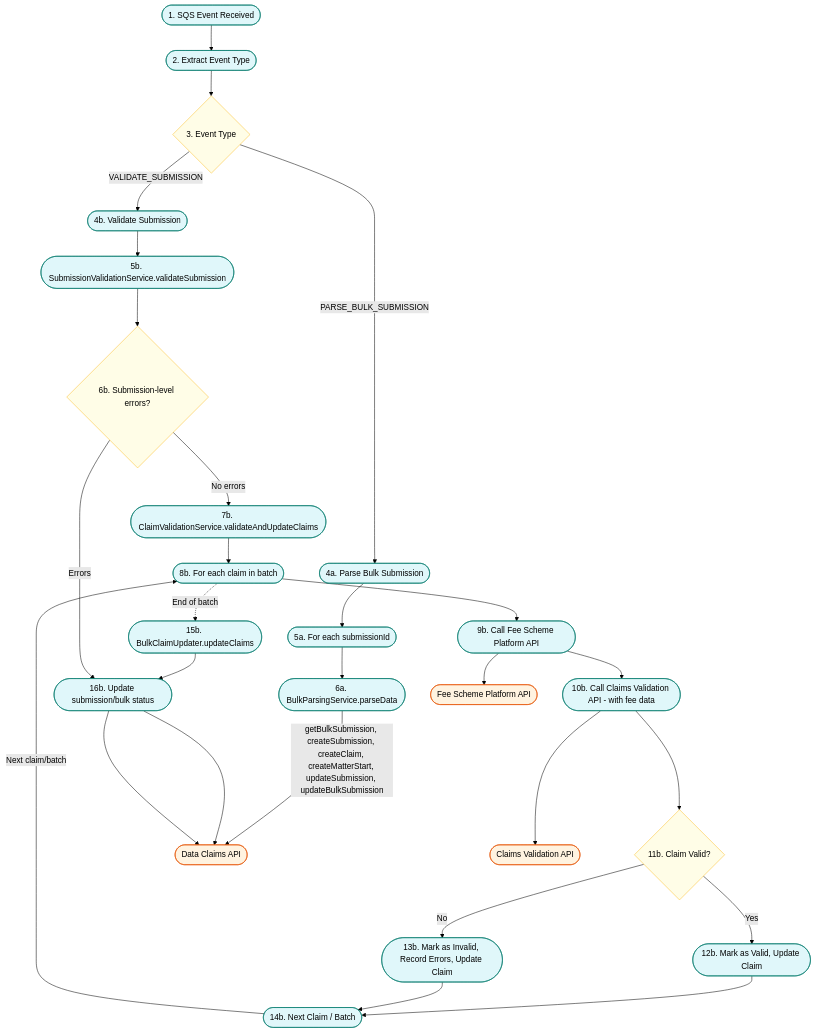
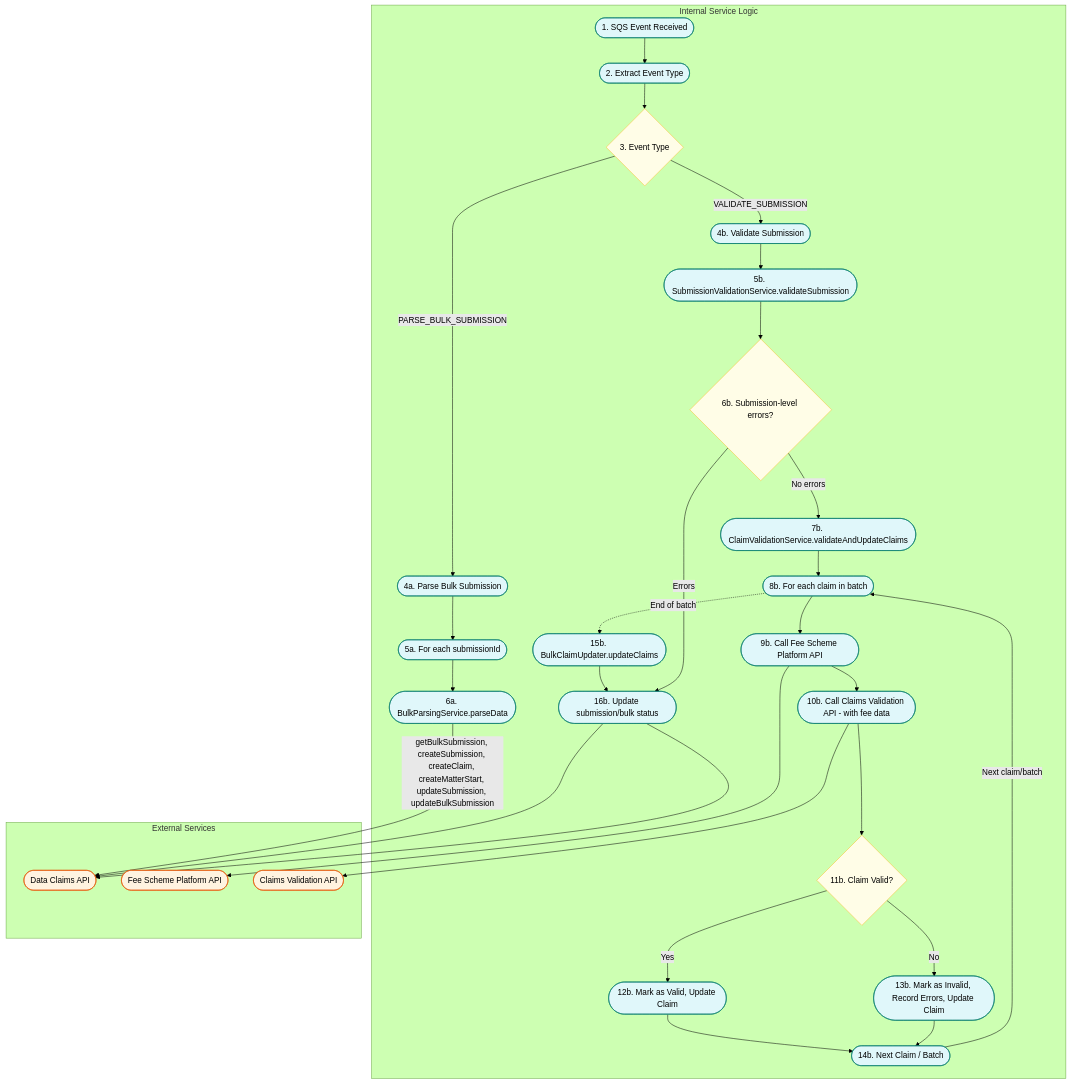
Before and after one commit to ministryofjustice/laa-data-controlled-work-validator: the diagram in docs/EVENT-SYSTEM-FLOW.md, drawn with Mermaid (forest theme). The commit also changed other lines of this file, not shown here.

Commit message:
[DSTEW-POC] - Add flow diagram for events

````diff
--- a/docs/EVENT-SYSTEM-FLOW.md
+++ b/docs/EVENT-SYSTEM-FLOW.md
@@ -71,52 +128,54 @@
-    ```mermaid
-    flowchart TD
-      %% Internal Service Logic
-      A1([1. SQS Event Received])
-      A2([2. Extract Event Type])
-      A3{3. Event Type}
-      A4([4a. Parse Bulk Submission])
-      A5([5a. For each submissionId])
-      A6([6a. BulkParsingService.parseData])
-      A7([4b. Validate Submission])
-      A8([5b. SubmissionValidationService.validateSubmission])
-      A9{6b. Submission-level errors?}
-      A10([7b. ClaimValidationService.validateAndUpdateClaims])
-      A11([8b. For each claim in batch])
-      A12([9b. Call Fee Scheme Platform API])
-      A13([10b. Call Claims Validation API - with fee data])
-      A14{11b. Claim Valid?}
-      A15([12b. Mark as Valid, Update Claim])
-      A16([13b. Mark as Invalid, Record Errors, Update Claim])
-      A17([14b. Next Claim / Batch])
-      A18([15b. BulkClaimUpdater.updateClaims])
-      A19([16b. Update submission/bulk status])
+```mermaid
+flowchart TD
+  subgraph Internal[Internal Service Logic]
+    A1([1. SQS Event Received])
+    A2([2. Extract Event Type])
+    A3{3. Event Type}
+    A4([4a. Parse Bulk Submission])
+    A5([5a. For each submissionId])
+    A6([6a. BulkParsingService.parseData])
+    A7([4b. Validate Submission])
+    A8([5b. SubmissionValidationService.validateSubmission])
+    A9{6b. Submission-level errors?}
+    A10([7b. ClaimValidationService.validateAndUpdateClaims])
+    A11([8b. For each claim in batch])
+    A12([9b. Call Fee Scheme Platform API])
+    A13([10b. Call Claims Validation API - with fee data])
+    A14{11b. Claim Valid?}
+    A15([12b. Mark as Valid, Update Claim])
+    A16([13b. Mark as Invalid, Record Errors, Update Claim])
+    A17([14b. Next Claim / Batch])
+    A18([15b. BulkClaimUpdater.updateClaims])
+    A19([16b. Update submission/bulk status])
+  end
 
-      %% External Services (inline)
-      E1([Data Claims API])
-      E2([Fee Scheme Platform API])
-      E3([Claims Validation API])
+  subgraph External[External Services]
+    E1([Data Claims API])
+    E2([Fee Scheme Platform API])
+    E3([Claims Validation API])
+  end
 
-      %% Main flow
-      A1 --> A2 --> A3
-      A3 -- PARSE_BULK_SUBMISSION --> A4 --> A5 --> A6
-      A6 -- getBulkSubmission, createSubmission, createClaim, createMatterStart, updateSubmission, updateBulkSubmission --> E1
-      A3 -- VALIDATE_SUBMISSION --> A7 --> A8 --> A9
-      A9 -- No errors --> A10 --> A11
-      A11 --> A12 --> E2
-      A12 --> A13 --> E3
-      A13 --> A14
-      A14 -- Yes --> A15 --> A17
-      A14 -- No --> A16 --> A17
-      A17 -- Next claim/batch --> A11
-      A11 -. End of batch .-> A18
-      A18 --> A19 --> E1
-      A9 -- Errors --> A19 --> E1
+  %% Main flow
+  A1 --> A2 --> A3
+  A3 -- PARSE_BULK_SUBMISSION --> A4 --> A5 --> A6
+  A6 -- getBulkSubmission, createSubmission, createClaim, createMatterStart, updateSubmission, updateBulkSubmission --> E1
+  A3 -- VALIDATE_SUBMISSION --> A7 --> A8 --> A9
+  A9 -- No errors --> A10 --> A11
+  A11 --> A12 --> E2
+  A12 --> A13 --> E3
+  A13 --> A14
+  A14 -- Yes --> A15 --> A17
+  A14 -- No --> A16 --> A17
+  A17 -- Next claim/batch --> A11
+  A11 -. End of batch .-> A18
+  A18 --> A19 --> E1
+  A9 -- Errors --> A19 --> E1
 
-      %% Color coding
-      classDef internal fill:#e0f7fa,stroke:#00796b;
-      classDef external fill:#fff3e0,stroke:#e65100;
-      classDef decision fill:#fffde7,stroke:#fbc02d;
-      class A1,A2,A3,A4,A5,A6,A7,A8,A9,A10,A11,A12,A13,A14,A15,A16,A17,A18,A19 internal;
-      class E1,E2,E3 external;
-      class A3,A9,A14 decision;
-    ```
+  %% Color coding
+  classDef internal fill:#e0f7fa,stroke:#00796b;
+  classDef external fill:#fff3e0,stroke:#e65100;
+  classDef decision fill:#fffde7,stroke:#fbc02d;
+  class A1,A2,A3,A4,A5,A6,A7,A8,A9,A10,A11,A12,A13,A14,A15,A16,A17,A18,A19 internal;
+  class E1,E2,E3 external;
+  class A3,A9,A14 decision;
+```
````
